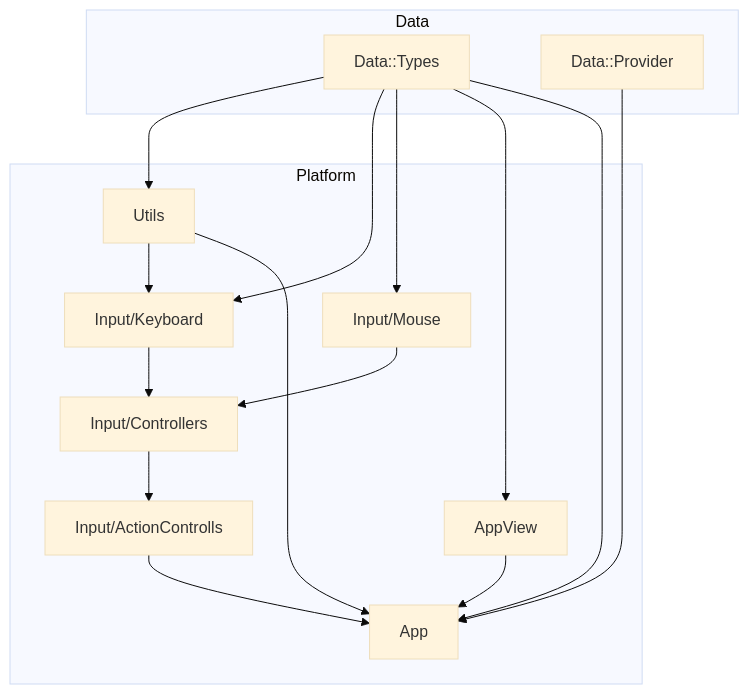
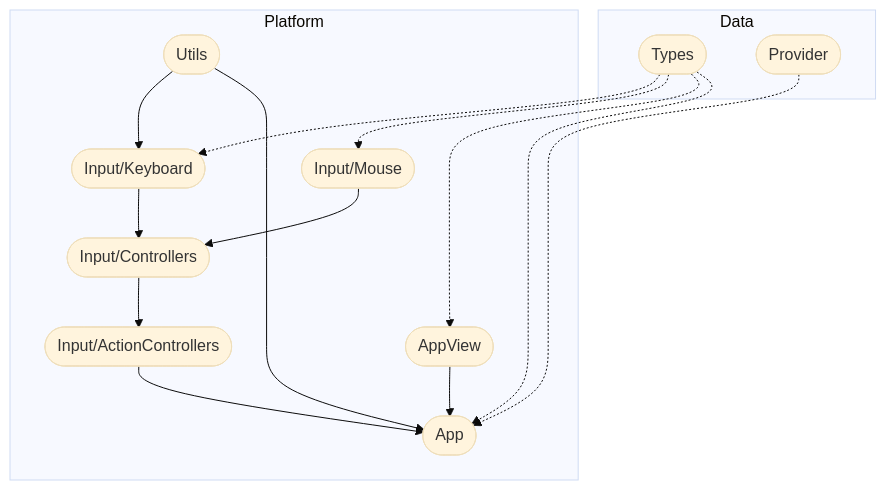
The second of 2 diagrams in Modules/Platform/README.md (MethanePowered/MethaneKit), drawn with Mermaid (base theme) before and after one commit. The commit also changed 8 other files, not shown here.

Commit message:
Update diagrams

````diff
--- a/Modules/Platform/README.md
+++ b/Modules/Platform/README.md
@@ -27,22 +27,31 @@
 ```mermaid
 graph TD;
     subgraph Data
-        Data::Types
-        Data::Provider
+        data_type([Types])
+        data_prov([Provider])
     end
+
     subgraph Platform
-        Utils-->Input/Keyboard;
-        Input/Keyboard-->Input/Controllers;
-        Input/Mouse-->Input/Controllers;
-        Input/Controllers-->Input/ActionControlls;
-        Input/ActionControlls-->App
-        AppView-->App
-        Utils-->App
+        pal_util([Utils])
+        pal_key([Input/Keyboard])
+        pal_mouse([Input/Mouse])
+        pal_cont([Input/Controllers])
+        pal_action([Input/ActionControllers])
+        pal_view([AppView])
+        pal_app([App])
     end
-    Data::Types-->Utils;
-    Data::Types-->Input/Keyboard;
-    Data::Types-->Input/Mouse;
-    Data::Types-->AppView
-    Data::Types-->App
-    Data::Provider-->App
+
+    pal_util-->pal_key
+    pal_key-->pal_cont
+    pal_mouse-->pal_cont
+    pal_cont-->pal_action
+    pal_action-->pal_app
+    pal_view-->pal_app
+    pal_util-->pal_app
+
+    data_type-.->pal_key
+    data_type-.->pal_mouse
+    data_type-.->pal_view
+    data_prov-.->pal_app
+    data_type-.->pal_app
 ```
````
